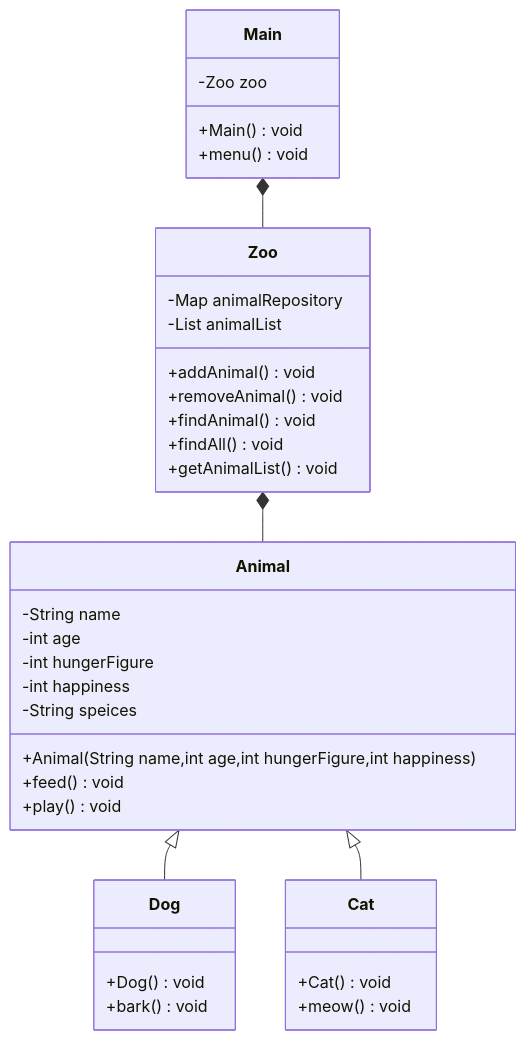
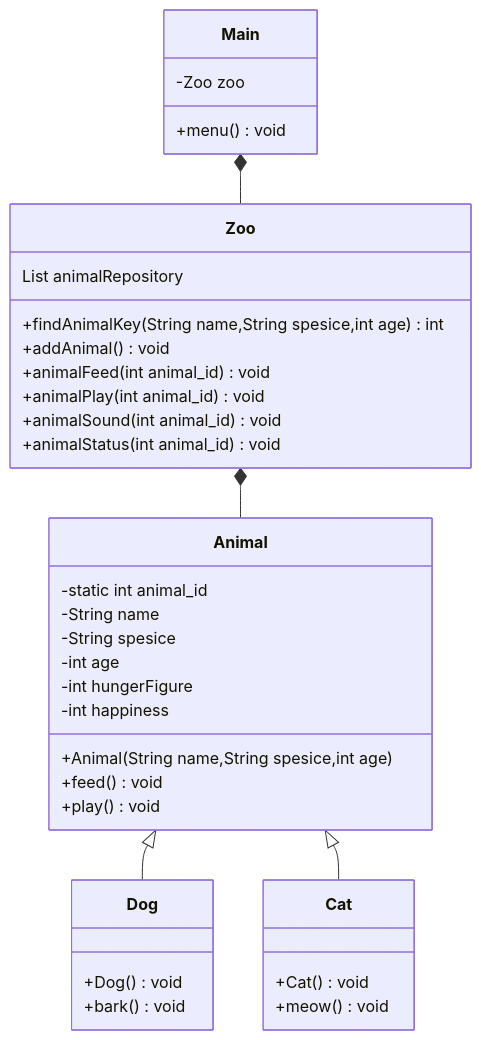
Before and after one commit to juwoojae/animalhouse: the diagram in ClassDiagram.md, drawn with Mermaid.

Commit message:
Update ClassDiagram.md
2차 수정본
- animal_id 도입
- ArrayList 사용

````diff
--- a/ClassDiagram.md
+++ b/ClassDiagram.md
@@ -1,41 +1,40 @@
 ```mermaid
 classDiagram
     Main *-- Zoo
 class Main{ 
-    -Zoo zoo
-    +Main() void
-    +menu() void 
-    
+    -Zoo zoo 
+    +menu() void
 }
 class Zoo{
-    -Map<String,Animal> animalRepository
-    -List<Animal> animalList 
-    +addAnimal() void 
-    +removeAnimal() void
-    +findAnimal() void
-    +findAll() void
-    +getAnimalList() void
+    List<Animal> animalRepository
+    +findAnimalKey(String name,String spesice,int age) int
+    +addAnimal() void
+    +animalFeed(int animal_id) void
+    +animalPlay(int animal_id) void
+    +animalSound(int animal_id) void
+    +animalStatus(int animal_id) void
 }
 
     Zoo *-- Animal
 class Animal {
--String name   
--int age  
+    -static int animal_id 
+-String name
+-String spesice
+-int age 
 -int hungerFigure
--int happiness
--String speices 
-+Animal(String name,int age,int hungerFigure,int happiness)
+-int happiness 
++Animal(String name,String spesice,int age)
 +feed() void
 +play() void
 }
     Animal <|-- Dog
     Animal <|-- Cat
 class Dog{
     +Dog() void
     +bark() void
 }
 class Cat{
     +Cat() void
     +meow() void
 }
 ```
````
